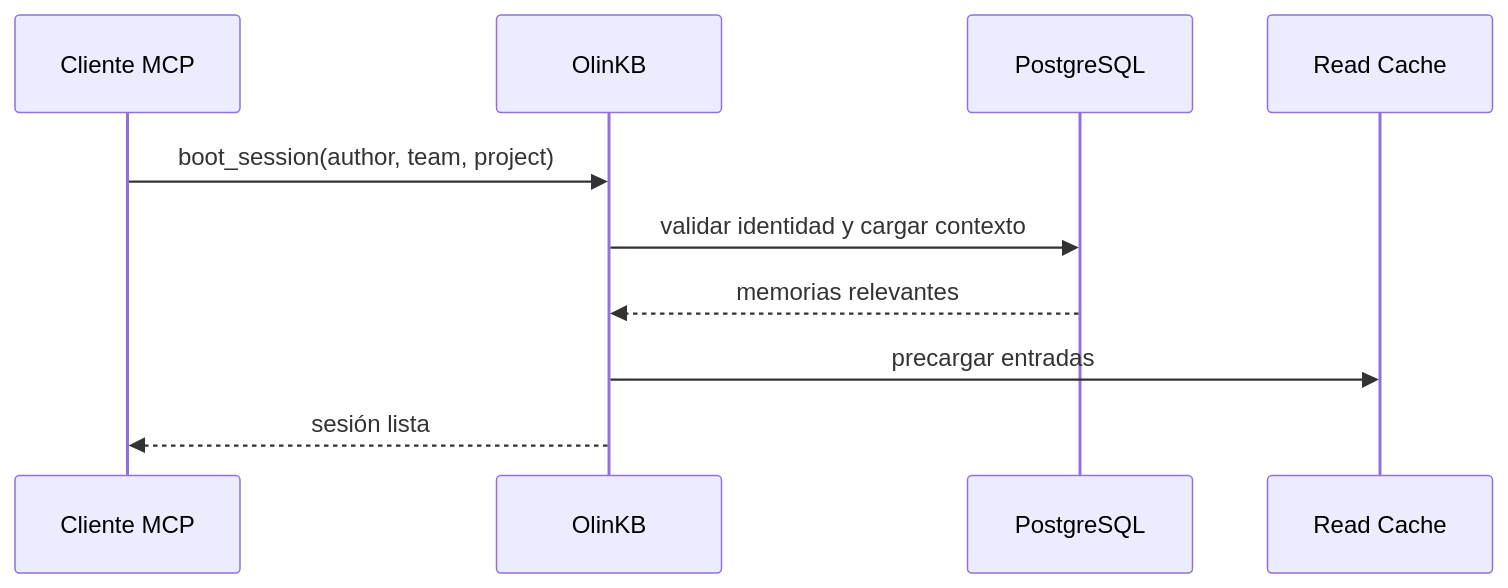
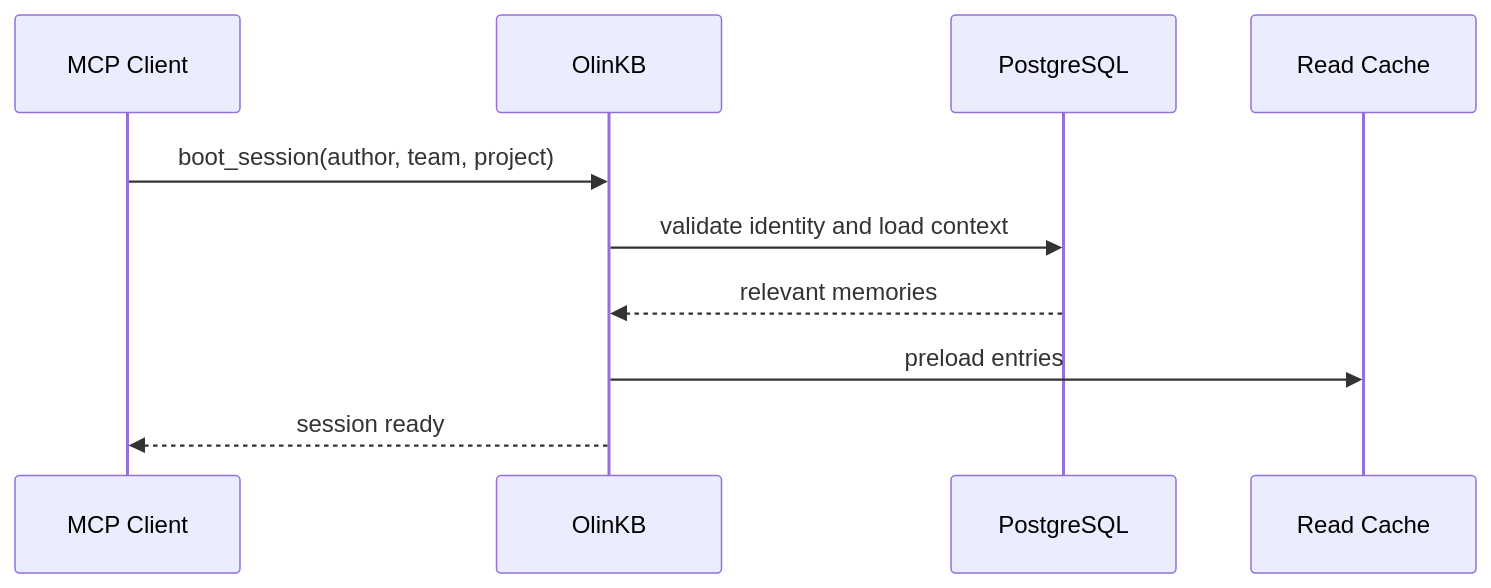
One commit to rzjulio/olinkb changed the second of 4 diagrams in docs/olinkb-mcp-operacion.md. Above: the diagram before and after it, drawn with Mermaid. The commit also changed other lines of this file and 22 other files, not shown here.

````diff
--- a/docs/olinkb-mcp-operacion.md
+++ b/docs/olinkb-mcp-operacion.md
@@ -170,13 +170,13 @@
 ```mermaid
 sequenceDiagram
-    participant IDE as Cliente MCP
+    participant IDE as MCP Client
     participant MCP as OlinKB
     participant PG as PostgreSQL
     participant Cache as Read Cache
 
     IDE->>MCP: boot_session(author, team, project)
-    MCP->>PG: validar identidad y cargar contexto
-    PG-->>MCP: memorias relevantes
-    MCP->>Cache: precargar entradas
-    MCP-->>IDE: sesión lista
+    MCP->>PG: validate identity and load context
+    PG-->>MCP: relevant memories
+    MCP->>Cache: preload entries
+    MCP-->>IDE: session ready
 ```
````
